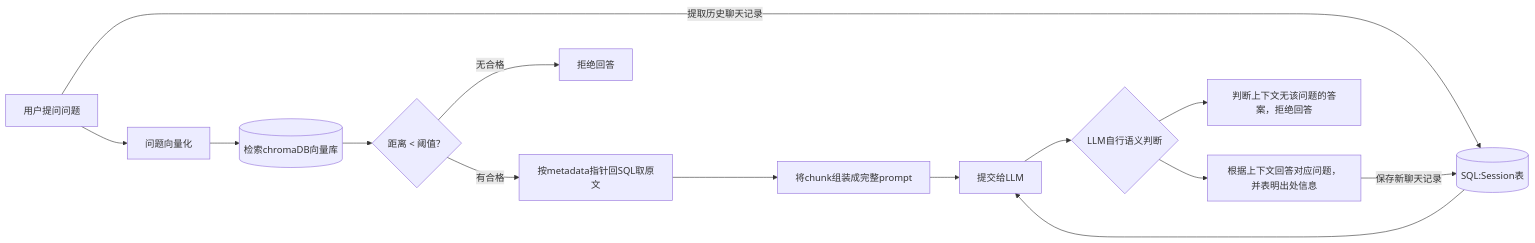
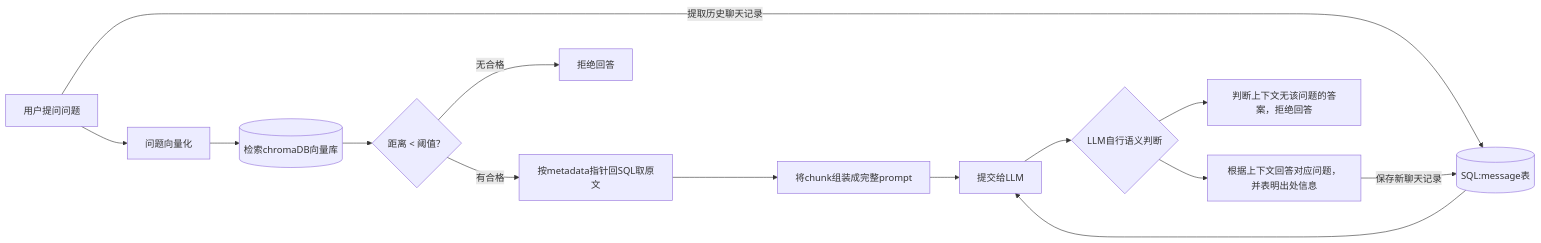
Before and after one commit to YouMingKaMi/RAG-basic-system: the second of 2 diagrams in README.md, drawn with Mermaid. The commit also changed other lines of this file, not shown here.

Commit message:
fix a bug in README.md

````diff
--- a/README.md
+++ b/README.md
@@ -36,17 +36,17 @@
-```Mermaid
+```mermaid
 flowchart LR
     A[用户提问问题] --> B[问题向量化]
     B --> C[(检索chromaDB向量库)]
-    A --> |提取历史聊天记录|I[(SQL:Session表)]
+    A --> |提取历史聊天记录|I[(SQL:message表)]
     C --> D{距离 < 阈值？}
     D --> |有合格|E[按metadata指针回SQL取原文]
     D --> |无合格|F[拒绝回答]
     E --> G[将chunk组装成完整prompt]
     G --> H[提交给LLM]
     I --> H
     L --> |保存新聊天记录|I
     H --> J{LLM自行语义判断}
     J --> K[判断上下文无该问题的答案，拒绝回答]
     J --> L[根据上下文回答对应问题，并表明出处信息]
 
 ```
````
